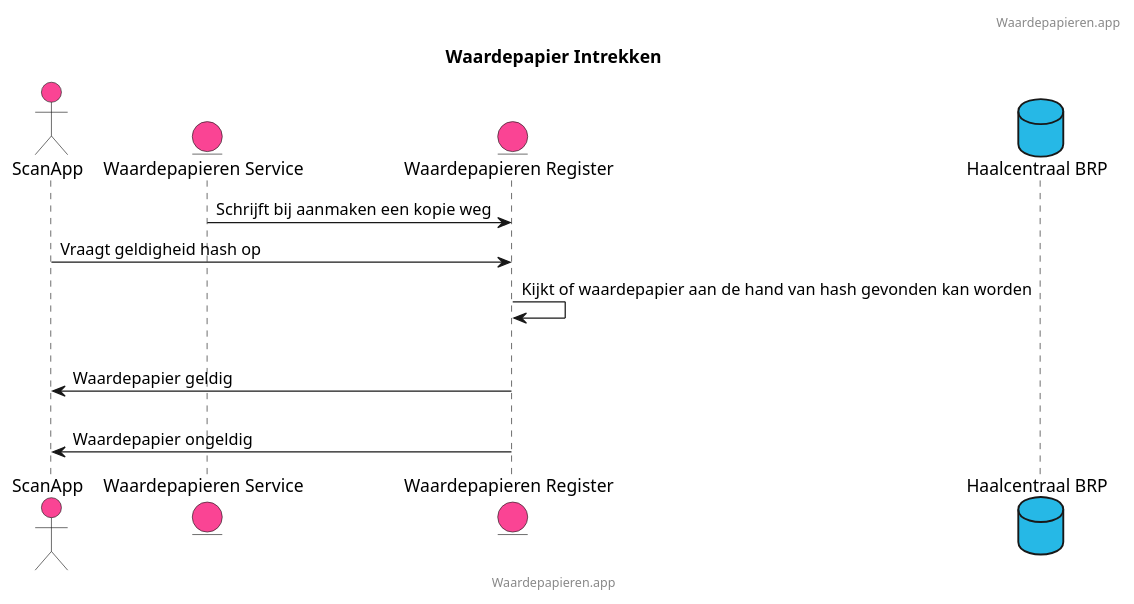
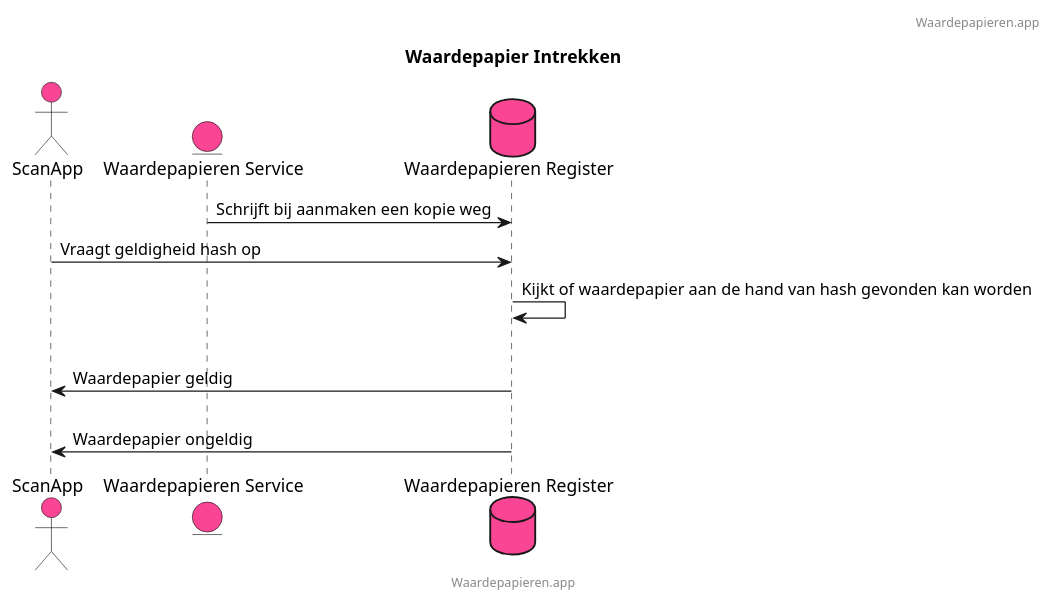
One commit to CommonGateway/WaardepapierenBundle changed the diagram in docs/waardepapier_intrekken.puml. Above: the diagram before and after it, drawn with PlantUML. The commit also changed 1 other file, not shown here.

Commit message:
Small fix to intrekken diagram

```diff
--- a/docs/waardepapier_intrekken.puml
+++ b/docs/waardepapier_intrekken.puml
@@ -1,21 +1,19 @@
 @startuml
 title: Waardepapier Intrekken
 footer: Waardepapieren.app
 header: Waardepapieren.app
 
 
 actor ScanApp #fa4494
 entity "Waardepapieren Service" as WPS #fa4494
-entity "Waardepapieren Register" as WPR #fa4494
-database "Haalcentraal BRP" as BRP #26b8e6
-
+database "Waardepapieren Register" as WPR #fa4494
 
 WPS -> WPR: Schrijft bij aanmaken een kopie weg
 ScanApp -> WPR: Vraagt geldigheid hash op
 WPR -> WPR: Kijkt of waardepapier aan de hand van hash gevonden kan worden
 alt hash gevonden
 WPR -> ScanApp: Waardepapier geldig
 else hash niet gevonden
 WPR -> ScanApp: Waardepapier ongeldig
 
 @enduml
```
